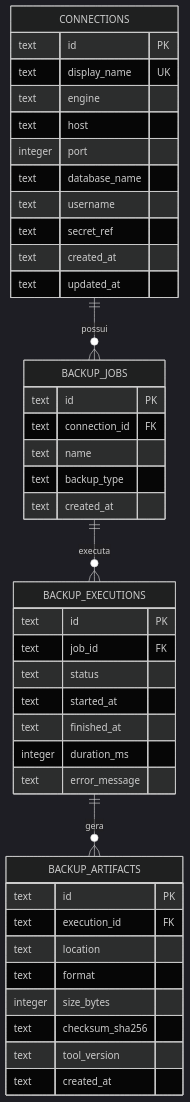
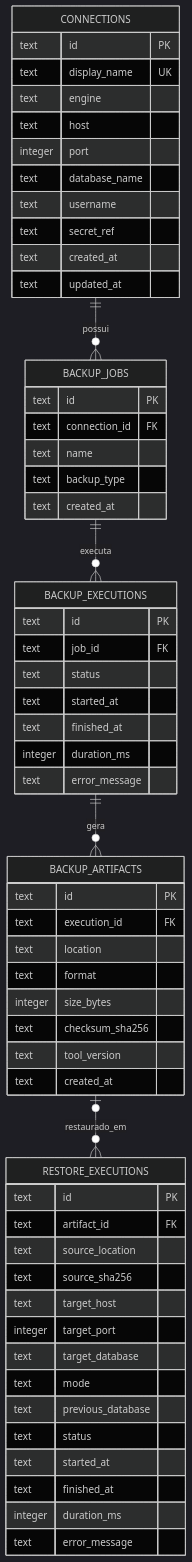
The diagram in docs/diagramas/modelo-de-dados.md (aqu1no1/database-backup-utility), drawn with Mermaid (dark theme) before and after one commit. The commit also changed other lines of this file and 22 other files, not shown here.

````diff
--- a/docs/diagramas/modelo-de-dados.md
+++ b/docs/diagramas/modelo-de-dados.md
@@ -6,44 +6,61 @@
 ```mermaid
 erDiagram
     CONNECTIONS ||--o{ BACKUP_JOBS : possui
     BACKUP_JOBS ||--o{ BACKUP_EXECUTIONS : executa
     BACKUP_EXECUTIONS ||--o{ BACKUP_ARTIFACTS : gera
+    BACKUP_ARTIFACTS |o--o{ RESTORE_EXECUTIONS : restaurado_em
     CONNECTIONS {
         text id PK
         text display_name UK
         text engine
         text host
         integer port
         text database_name
         text username
         text secret_ref
         text created_at
         text updated_at
     }
     BACKUP_JOBS {
         text id PK
         text connection_id FK
         text name
         text backup_type
         text created_at
     }
     BACKUP_EXECUTIONS {
         text id PK
         text job_id FK
         text status
         text started_at
         text finished_at
         integer duration_ms
         text error_message
     }
     BACKUP_ARTIFACTS {
         text id PK
         text execution_id FK
         text location
         text format
         integer size_bytes
         text checksum_sha256
         text tool_version
         text created_at
     }
+    RESTORE_EXECUTIONS {
+        text id PK
+        text artifact_id FK
+        text source_location
+        text source_sha256
+        text target_host
+        integer target_port
+        text target_database
+        text mode
+        text previous_database
+        text status
+        text started_at
+        text finished_at
+        integer duration_ms
+        text error_message
+    }
 ```
````
